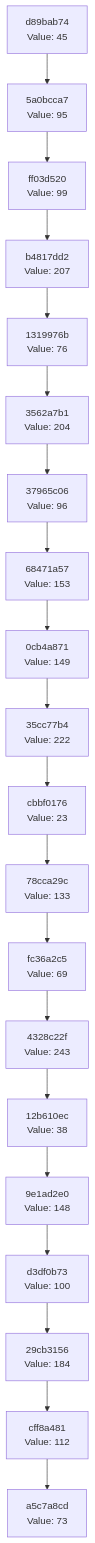
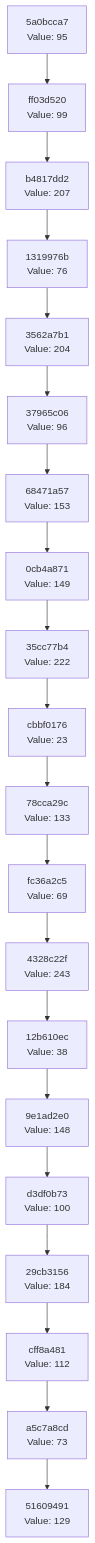
One commit to Abhisheksinha1506/hash-chain-evolver changed the diagram in docs/CHAIN_VISUALIZATION.md. Above: the diagram before and after it, drawn with Mermaid. The commit also changed 2 other files, not shown here.

Commit message:
Evolution Step

````diff
--- a/docs/CHAIN_VISUALIZATION.md
+++ b/docs/CHAIN_VISUALIZATION.md
@@ -3,42 +3,42 @@
 ```mermaid
 graph TD
-    C0["a5c7a8cd<br/>Value: 73"]
-    C1["cff8a481<br/>Value: 112"]
+    C0["51609491<br/>Value: 129"]
+    C1["a5c7a8cd<br/>Value: 73"]
     C1 --> C0
-    C2["29cb3156<br/>Value: 184"]
+    C2["cff8a481<br/>Value: 112"]
     C2 --> C1
-    C3["d3df0b73<br/>Value: 100"]
+    C3["29cb3156<br/>Value: 184"]
     C3 --> C2
-    C4["9e1ad2e0<br/>Value: 148"]
+    C4["d3df0b73<br/>Value: 100"]
     C4 --> C3
-    C5["12b610ec<br/>Value: 38"]
+    C5["9e1ad2e0<br/>Value: 148"]
     C5 --> C4
-    C6["4328c22f<br/>Value: 243"]
+    C6["12b610ec<br/>Value: 38"]
     C6 --> C5
-    C7["fc36a2c5<br/>Value: 69"]
+    C7["4328c22f<br/>Value: 243"]
     C7 --> C6
-    C8["78cca29c<br/>Value: 133"]
+    C8["fc36a2c5<br/>Value: 69"]
     C8 --> C7
-    C9["cbbf0176<br/>Value: 23"]
+    C9["78cca29c<br/>Value: 133"]
     C9 --> C8
-    C10["35cc77b4<br/>Value: 222"]
+    C10["cbbf0176<br/>Value: 23"]
     C10 --> C9
-    C11["0cb4a871<br/>Value: 149"]
+    C11["35cc77b4<br/>Value: 222"]
     C11 --> C10
-    C12["68471a57<br/>Value: 153"]
+    C12["0cb4a871<br/>Value: 149"]
     C12 --> C11
-    C13["37965c06<br/>Value: 96"]
+    C13["68471a57<br/>Value: 153"]
     C13 --> C12
-    C14["3562a7b1<br/>Value: 204"]
+    C14["37965c06<br/>Value: 96"]
     C14 --> C13
-    C15["1319976b<br/>Value: 76"]
+    C15["3562a7b1<br/>Value: 204"]
     C15 --> C14
-    C16["b4817dd2<br/>Value: 207"]
+    C16["1319976b<br/>Value: 76"]
     C16 --> C15
-    C17["ff03d520<br/>Value: 99"]
+    C17["b4817dd2<br/>Value: 207"]
     C17 --> C16
-    C18["5a0bcca7<br/>Value: 95"]
+    C18["ff03d520<br/>Value: 99"]
     C18 --> C17
-    C19["d89bab74<br/>Value: 45"]
+    C19["5a0bcca7<br/>Value: 95"]
     C19 --> C18
 ```
````
